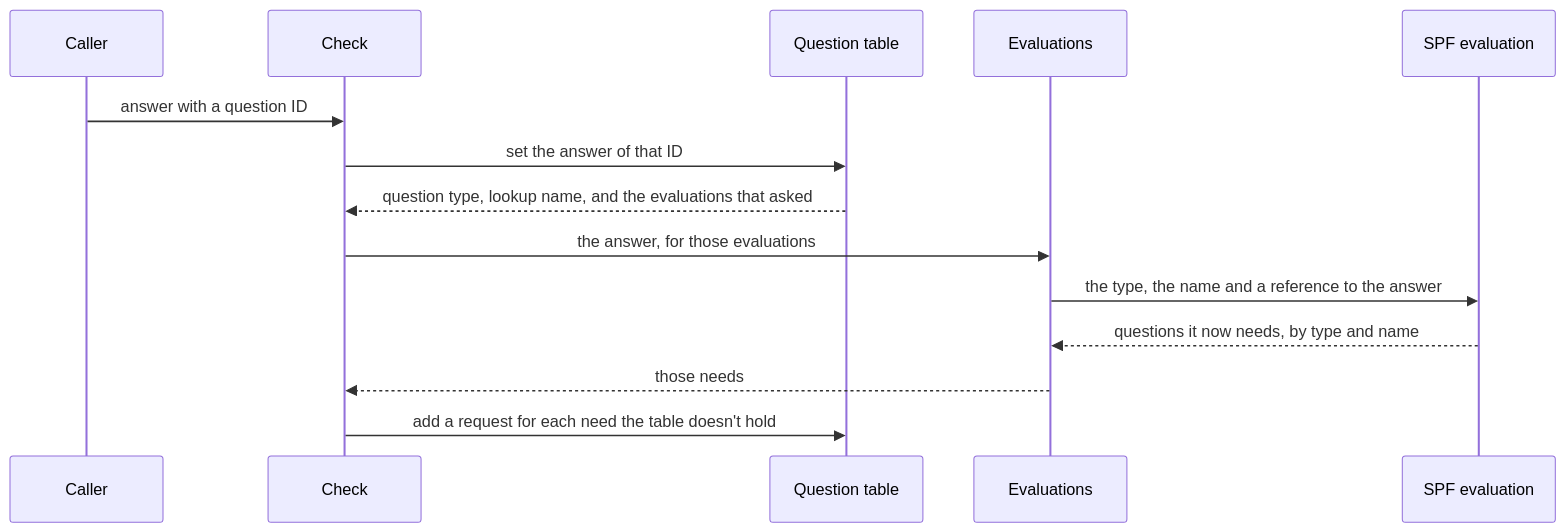
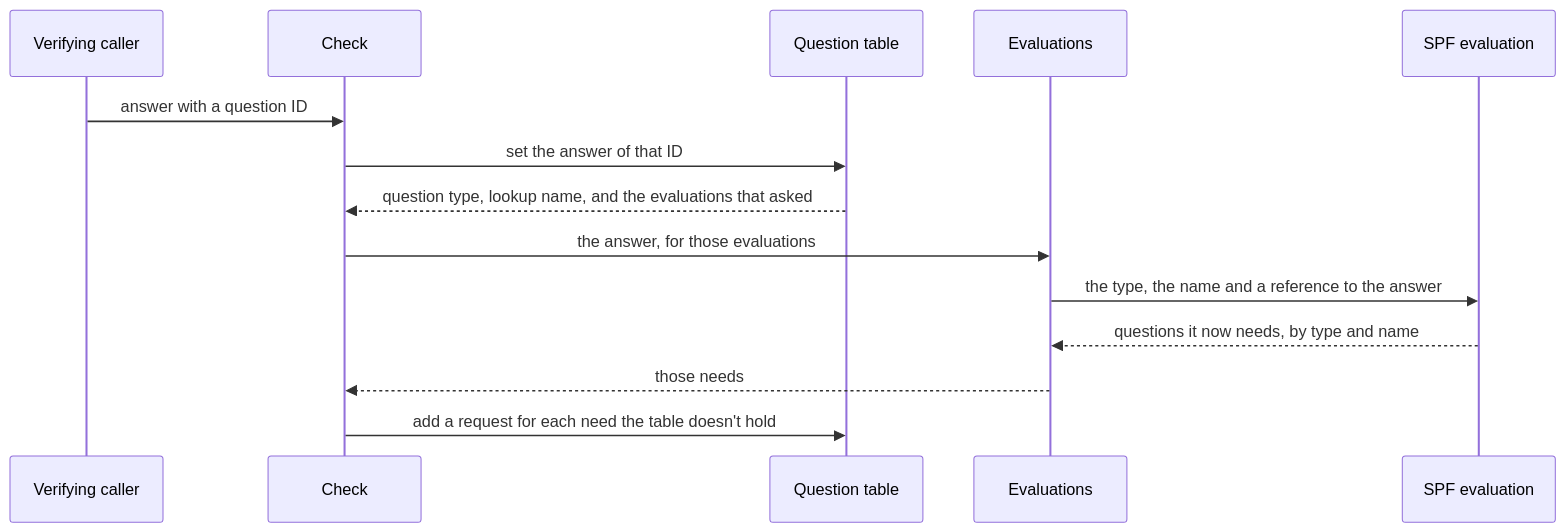
The third of 4 diagrams in docs/reference/design/modules.md (photom/hallmark), drawn with Mermaid before and after one commit. The commit also changed other lines of this file and 45 other files, not shown here.

````diff
--- a/docs/reference/design/modules.md
+++ b/docs/reference/design/modules.md
@@ -158,16 +158,16 @@
 ```mermaid
 sequenceDiagram
-    participant Caller
+    participant Caller as Verifying caller
     participant Check
     participant Table as Question table
     participant Evaluations
     participant SPF as SPF evaluation
     Caller->>Check: answer with a question ID
     Check->>Table: set the answer of that ID
     Table-->>Check: question type, lookup name, and the evaluations that asked
     Check->>Evaluations: the answer, for those evaluations
     Evaluations->>SPF: the type, the name and a reference to the answer
     SPF-->>Evaluations: questions it now needs, by type and name
     Evaluations-->>Check: those needs
     Check->>Table: add a request for each need the table doesn't hold
 ```
````
